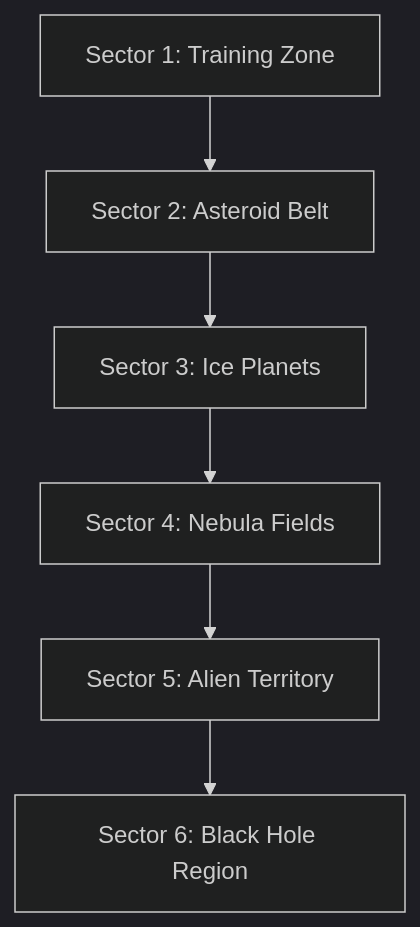
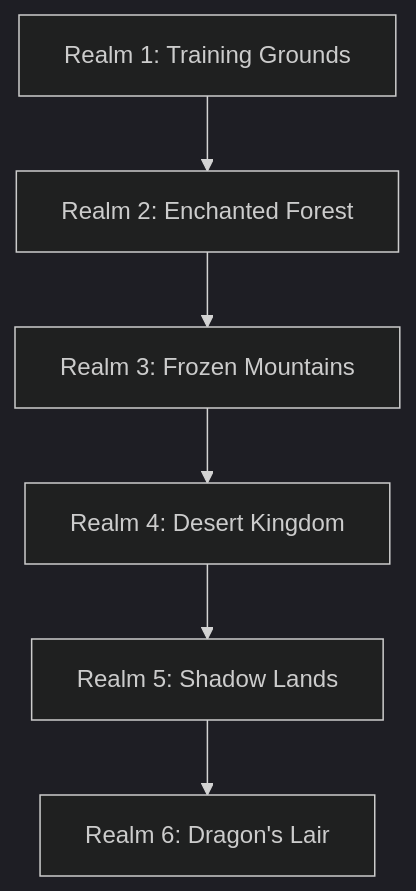
The second of 2 diagrams in docs/game-design-document.md (seyit-ivhed/playtolearn), drawn with Mermaid (dark theme) before and after one commit. The commit also changed other lines of this file and 12 other files, not shown here.

````diff
--- a/docs/game-design-document.md
+++ b/docs/game-design-document.md
@@ -171,8 +222,8 @@
 ```mermaid
 graph TD
-    A[Sector 1: Training Zone] --> B[Sector 2: Asteroid Belt]
-    B --> C[Sector 3: Ice Planets]
-    C --> D[Sector 4: Nebula Fields]
-    D --> E[Sector 5: Alien Territory]
-    E --> F[Sector 6: Black Hole Region]
+    A[Realm 1: Training Grounds] --> B[Realm 2: Enchanted Forest]
+    B --> C[Realm 3: Frozen Mountains]
+    C --> D[Realm 4: Desert Kingdom]
+    D --> E[Realm 5: Shadow Lands]
+    E --> F[Realm 6: Dragon's Lair]
 ```
````
